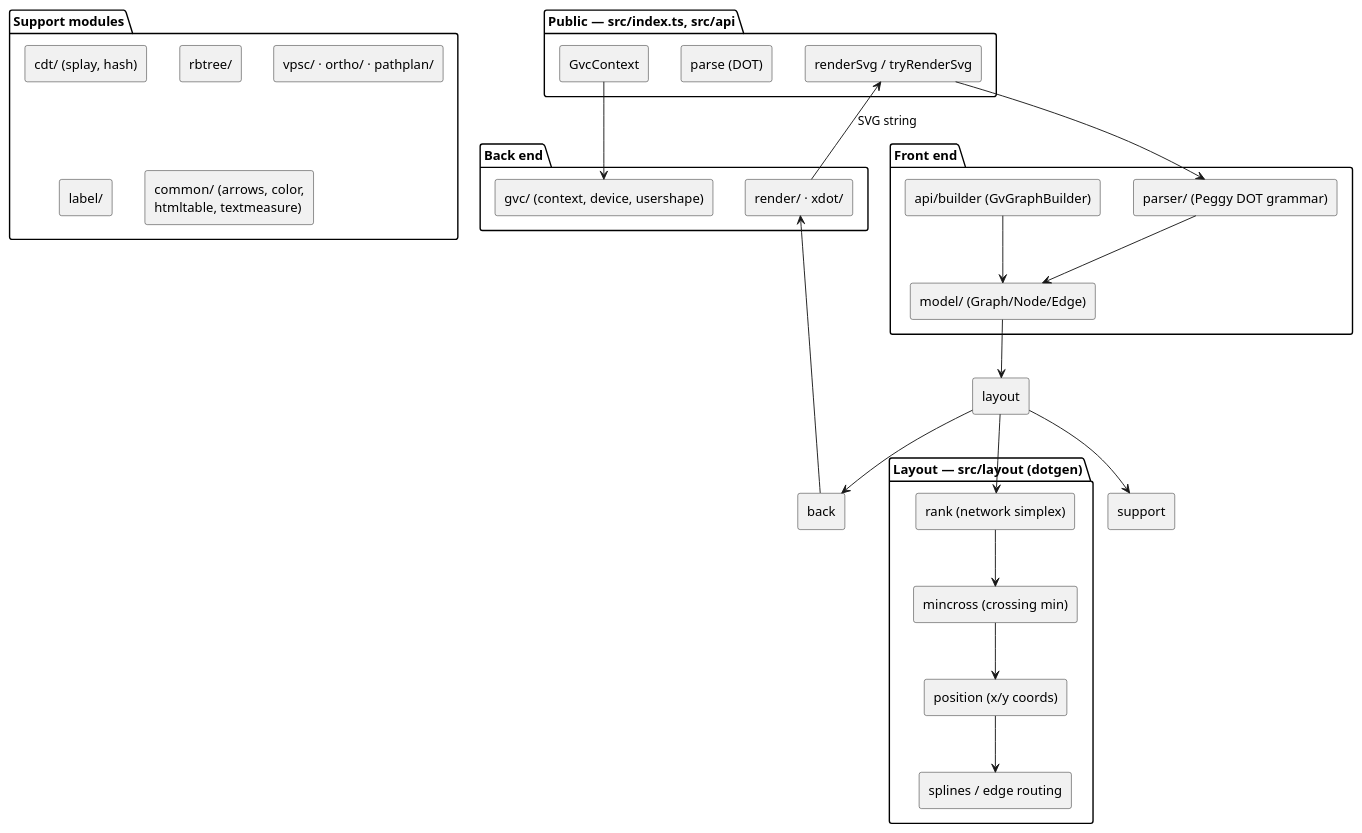
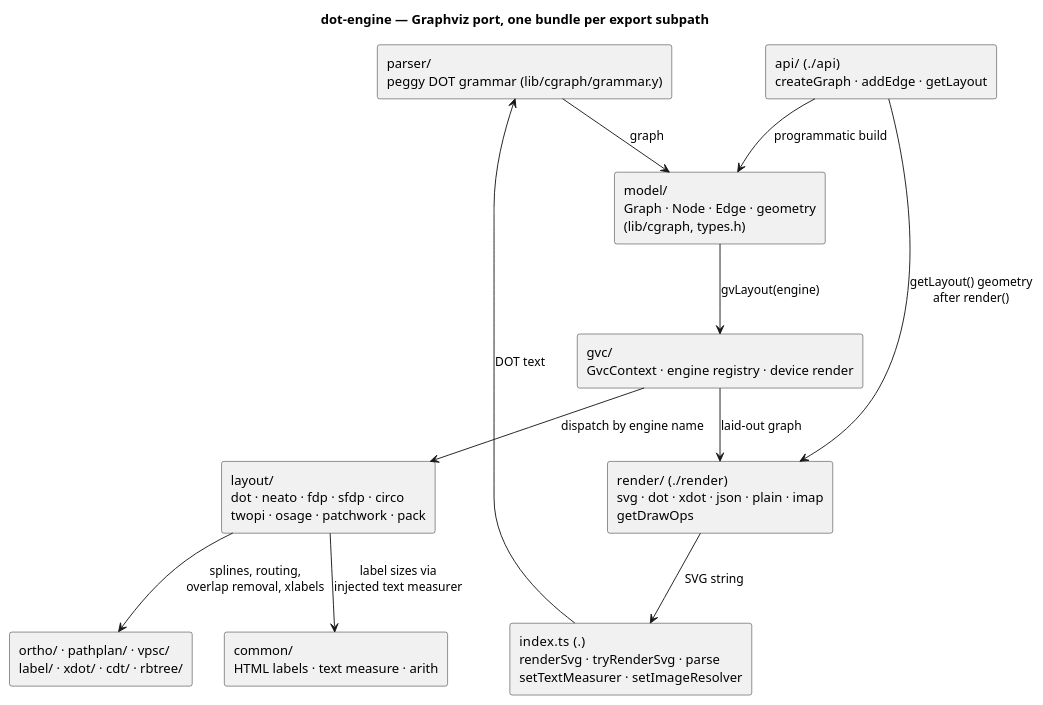
One commit to knowvah/plantuml-ts changed the second of 5 diagrams in docs/architecture/components.md. Above: the diagram before and after it, drawn with PlantUML. The commit also changed other lines of this file and 5 other files, not shown here.

First line of the commit message:
docs(architecture): refresh architecture docs after ddc

````diff
--- a/docs/architecture/components.md
+++ b/docs/architecture/components.md
@@ -98,56 +90,27 @@
 ```plantuml
 @startuml
+title dot-engine — Graphviz port, one bundle per export subpath
 skinparam componentStyle rectangle
-skinparam shadowing false
 
-package "Public — src/index.ts, src/api" {
-  [renderSvg / tryRenderSvg] as RS
-  [parse (DOT)] as PARSE
-  [GvcContext] as CTX
-}
+component "parser/\npeggy DOT grammar (lib/cgraph/grammar.y)" as PARSER
+component "model/\nGraph · Node · Edge · geometry\n(lib/cgraph, types.h)" as MODEL
+component "api/  (./api)\ncreateGraph · addEdge · getLayout" as APISUB
+component "gvc/\nGvcContext · engine registry · device render" as GVC
+component "layout/\ndot · neato · fdp · sfdp · circo\ntwopi · osage · patchwork · pack" as LAYOUT
+component "ortho/ · pathplan/ · vpsc/\nlabel/ · xdot/ · cdt/ · rbtree/" as SUPPORT
+component "common/\nHTML labels · text measure · arith" as COMMON
+component "render/  (./render)\nsvg · dot · xdot · json · plain · imap\ngetDrawOps" as RENDER
+component "index.ts  (.)\nrenderSvg · tryRenderSvg · parse\nsetTextMeasurer · setImageResolver" as ROOT
 
-package "Front end" {
-  [parser/ (Peggy DOT grammar)] as PARSER
-  [model/ (Graph/Node/Edge)] as MODEL
-  [api/builder (GvGraphBuilder)] as BUILDER
-}
-
-package "Layout — src/layout (dotgen)" {
-  [rank (network simplex)] as RANK
-  [mincross (crossing min)] as MINCROSS
-  [position (x/y coords)] as POS
-  [splines / edge routing] as SPLINE
-}
-
-package "Support modules" {
-  [cdt/ (splay, hash)] as CDT
-  [rbtree/] as RB
-  [vpsc/ · ortho/ · pathplan/] as VPSC
-  [label/] as LABEL
-  [common/ (arrows, color,\nhtmltable, textmeasure)] as COMMON
-}
-
-package "Back end" {
-  [gvc/ (context, device, usershape)] as GVC
-  [render/ · xdot/] as RENDER
-}
-
-[layout] as layout
-[support] as support
-[back] as back
-
-RS --> PARSER
-PARSER --> MODEL
-MODEL --> layout
-CTX --> GVC
-BUILDER --> MODEL
-layout --> RANK
-RANK --> MINCROSS
-MINCROSS --> POS
-POS --> SPLINE
-layout --> support
-layout --> back
-back --> RENDER
-RENDER --> RS : SVG string
+ROOT --> PARSER : DOT text
+PARSER --> MODEL : graph
+APISUB --> MODEL : programmatic build
+MODEL --> GVC : gvLayout(engine)
+GVC --> LAYOUT : dispatch by engine name
+LAYOUT --> SUPPORT : splines, routing,\noverlap removal, xlabels
+LAYOUT --> COMMON : label sizes via\ninjected text measurer
+GVC --> RENDER : laid-out graph
+RENDER --> ROOT : SVG string
+APISUB --> RENDER : getLayout() geometry\nafter render()
 @enduml
 ```
````
